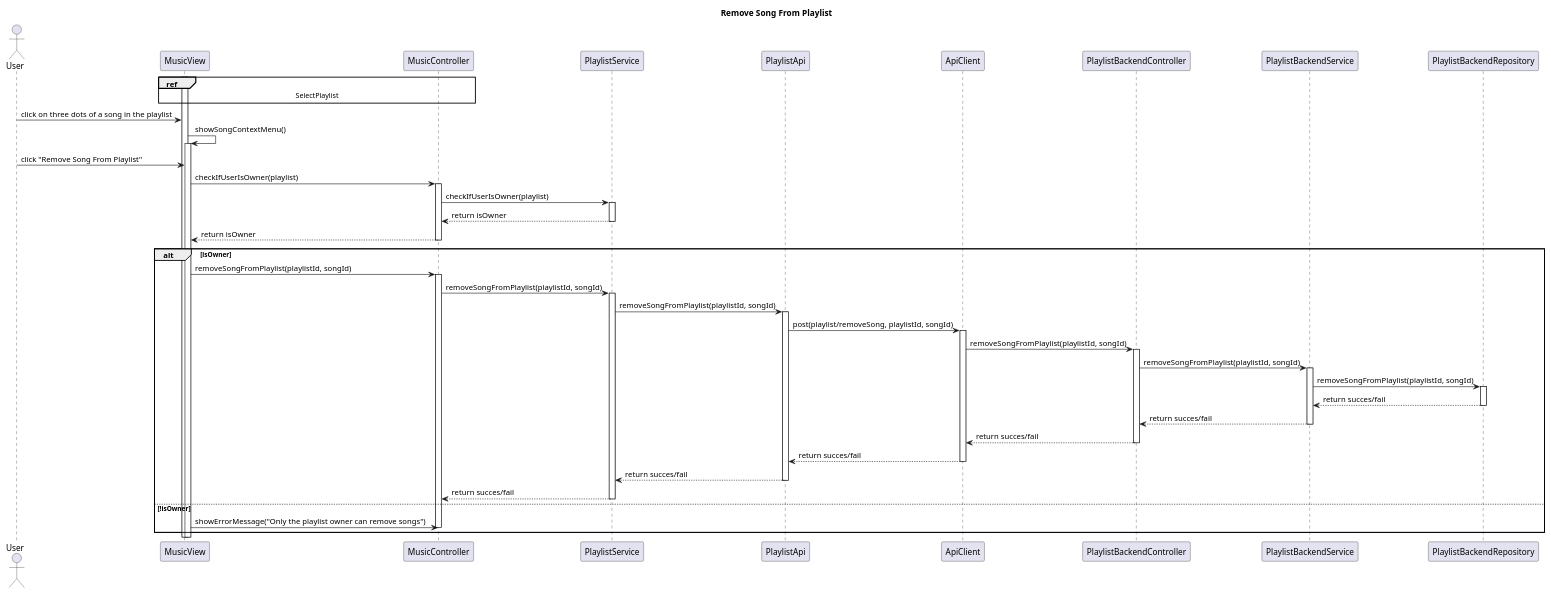
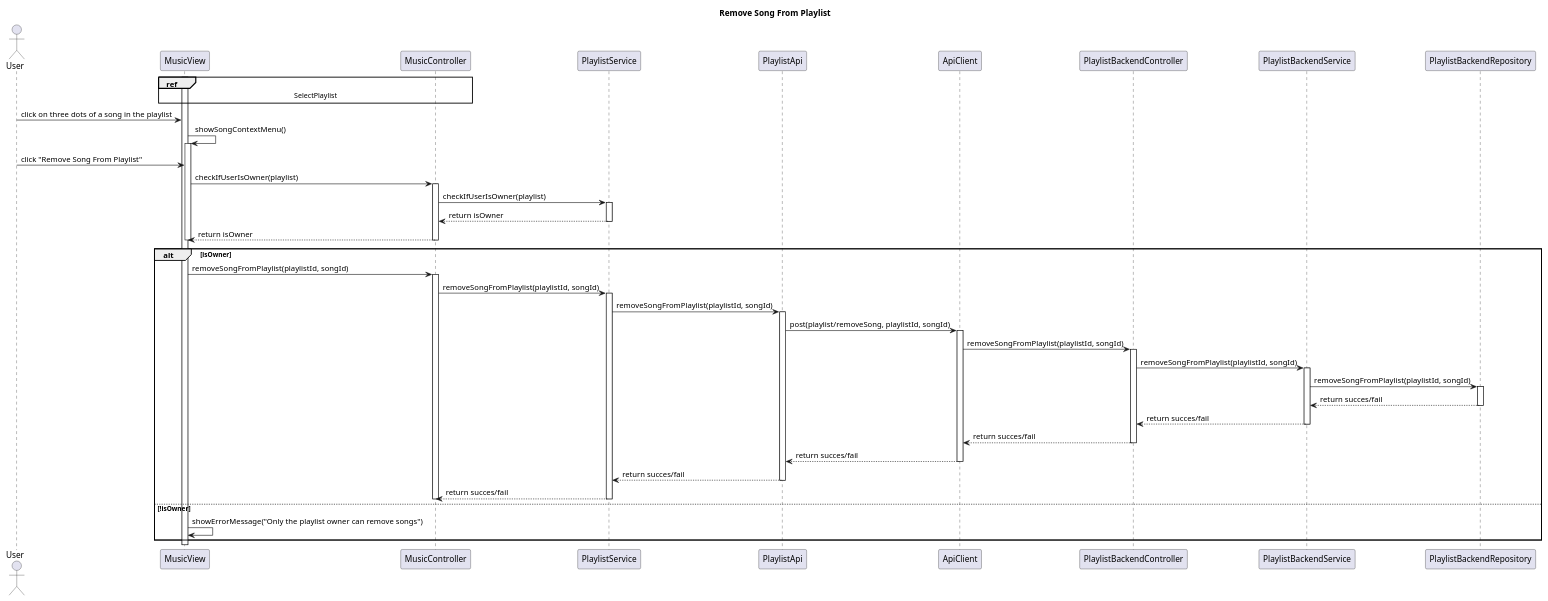
One commit to RubenKingCP/Tunix changed the diagram in Paradoteo_4/SequenceDiagrams-v0.3/RemoveSongFromPlaylist.puml. Above: the diagram before and after it, drawn with PlantUML.

Commit message:
Minor change to sequence diagram for RemoveSongFromPlaylist

```diff
--- a/Paradoteo_4/SequenceDiagrams-v0.3/RemoveSongFromPlaylist.puml
+++ b/Paradoteo_4/SequenceDiagrams-v0.3/RemoveSongFromPlaylist.puml
@@ -1,66 +1,68 @@
 @startuml RemoveSongFromPlaylist
 
 title Remove Song From Playlist
 
 actor User
 
 participant MusicView
 participant MusicController
 participant PlaylistService
 participant PlaylistApi
 participant ApiClient
 participant PlaylistBackendController
 participant PlaylistBackendService
 participant PlaylistBackendRepository
 
 
 ref over MusicView, MusicController
 SelectPlaylist
 end ref
 activate MusicView
 User -> MusicView : click on three dots of a song in the playlist
 
 
     MusicView -> MusicView : showSongContextMenu()
     activate MusicView
     User -> MusicView : click "Remove Song From Playlist"
     MusicView -> MusicController : checkIfUserIsOwner(playlist)
     activate MusicController
     MusicController -> PlaylistService : checkIfUserIsOwner(playlist)
     activate PlaylistService
     PlaylistService --> MusicController : return isOwner
     deactivate PlaylistService
     MusicController --> MusicView : return isOwner
     deactivate MusicController
+    deactivate MusicView
     alt isOwner
     MusicView -> MusicController : removeSongFromPlaylist(playlistId, songId)
     activate MusicController
     MusicController -> PlaylistService : removeSongFromPlaylist(playlistId, songId)
     activate PlaylistService
     PlaylistService -> PlaylistApi : removeSongFromPlaylist(playlistId, songId)
     activate PlaylistApi
     PlaylistApi -> ApiClient : post(playlist/removeSong, playlistId, songId)
     activate ApiClient
     ApiClient -> PlaylistBackendController : removeSongFromPlaylist(playlistId, songId)
     activate PlaylistBackendController
     PlaylistBackendController -> PlaylistBackendService : removeSongFromPlaylist(playlistId, songId)
     activate PlaylistBackendService
     PlaylistBackendService -> PlaylistBackendRepository : removeSongFromPlaylist(playlistId, songId)
     activate PlaylistBackendRepository
     PlaylistBackendRepository --> PlaylistBackendService : return succes/fail
     deactivate PlaylistBackendRepository
     PlaylistBackendService --> PlaylistBackendController : return succes/fail
     deactivate PlaylistBackendService
     PlaylistBackendController --> ApiClient : return succes/fail
     deactivate PlaylistBackendController
     ApiClient --> PlaylistApi : return succes/fail
     deactivate ApiClient
     PlaylistApi --> PlaylistService : return succes/fail
     deactivate PlaylistApi
     PlaylistService --> MusicController : return succes/fail
     deactivate PlaylistService
+    deactivate MusicController
     else !isOwner
-    MusicView -> MusicController : showErrorMessage("Only the playlist owner can remove songs")
-    deactivate MusicController
+    MusicView -> MusicView : showErrorMessage("Only the playlist owner can remove songs")
+    
     end
 @enduml
```
